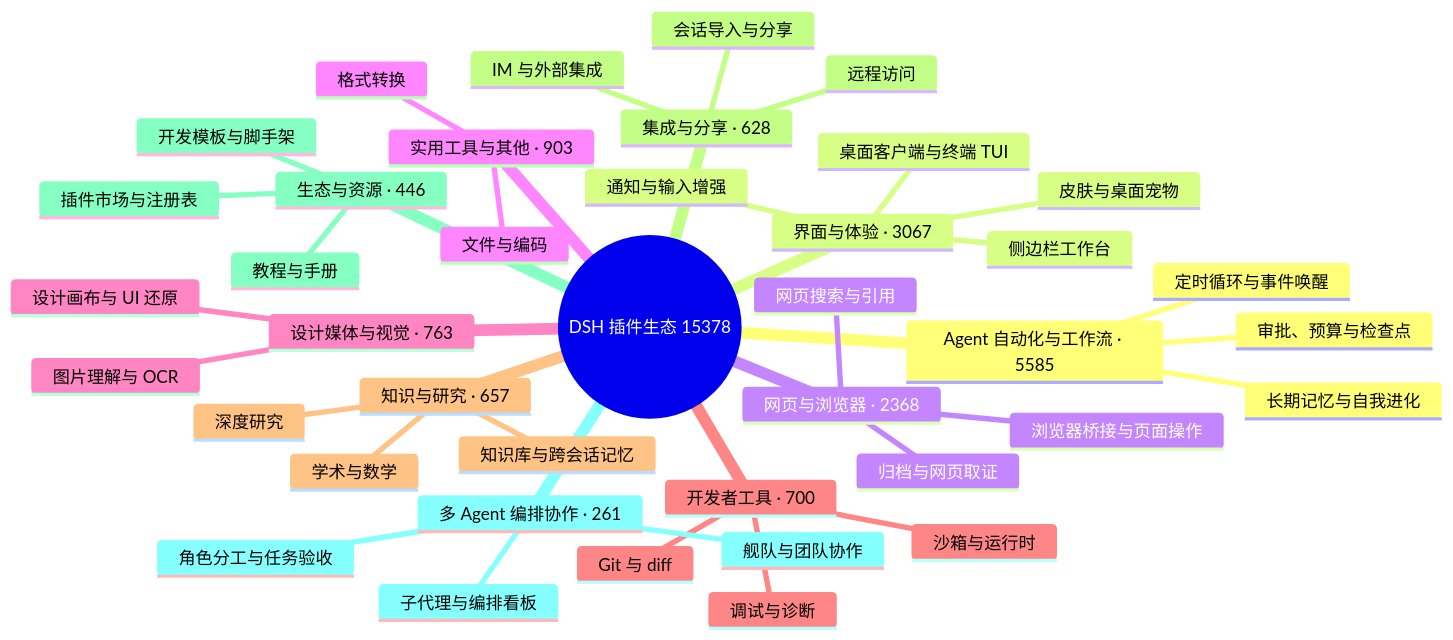
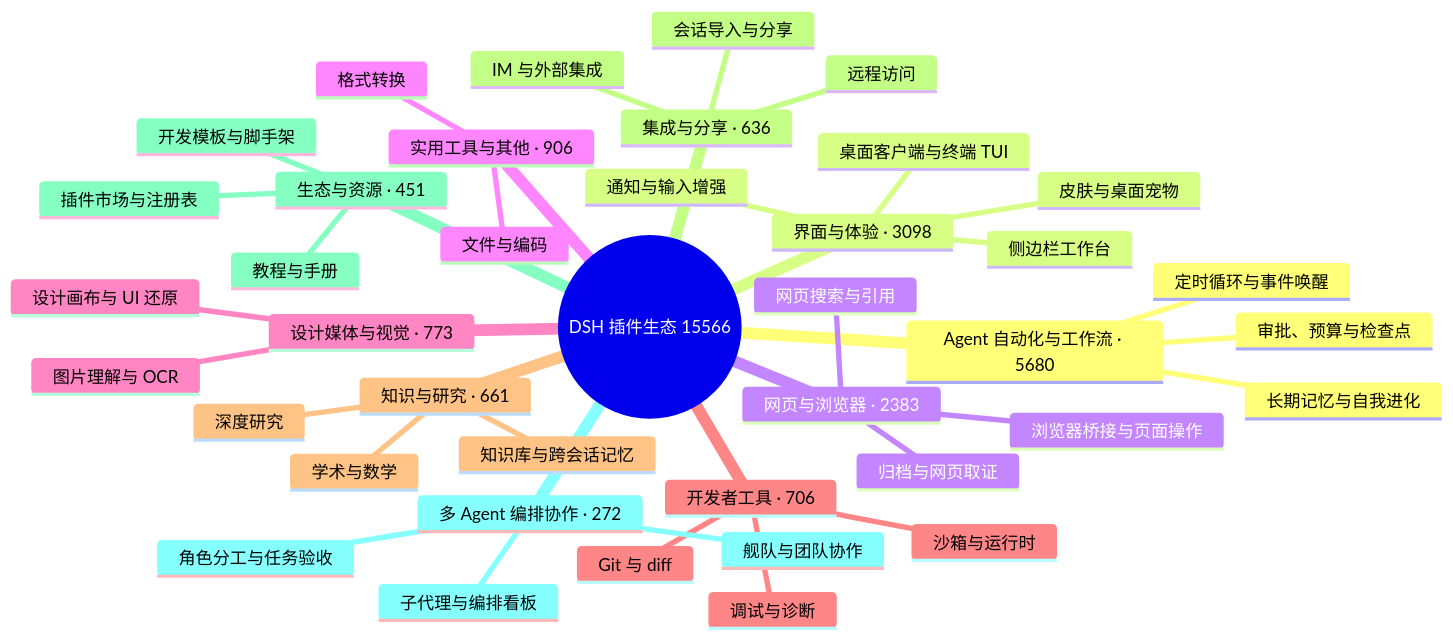
One commit to bruc3van/awesome-dsh-plugin changed the diagram in README.md. Above: the diagram before and after it, drawn with Mermaid. The commit also changed other lines of this file and 21 other files, not shown here.

````diff
--- a/README.md
+++ b/README.md
@@ -16,43 +16,43 @@
 ```mermaid
 mindmap
-  root((DSH 插件生态 15378))
-    Agent 自动化与工作流 · 5585
+  root((DSH 插件生态 15566))
+    Agent 自动化与工作流 · 5680
       定时循环与事件唤醒
       长期记忆与自我进化
       审批、预算与检查点
-    界面与体验 · 3067
+    界面与体验 · 3098
       桌面客户端与终端 TUI
       侧边栏工作台
       皮肤与桌面宠物
       通知与输入增强
-    网页与浏览器 · 2368
+    网页与浏览器 · 2383
       浏览器桥接与页面操作
       网页搜索与引用
       归档与网页取证
-    实用工具与其他 · 903
+    实用工具与其他 · 906
       文件与编码
       格式转换
-    设计媒体与视觉 · 763
+    设计媒体与视觉 · 773
       图片理解与 OCR
       设计画布与 UI 还原
-    开发者工具 · 700
+    开发者工具 · 706
       Git 与 diff
       沙箱与运行时
       调试与诊断
-    知识与研究 · 657
+    知识与研究 · 661
       知识库与跨会话记忆
       深度研究
       学术与数学
-    集成与分享 · 628
+    集成与分享 · 636
       会话导入与分享
       远程访问
       IM 与外部集成
-    生态与资源 · 446
+    生态与资源 · 451
       插件市场与注册表
       开发模板与脚手架
       教程与手册
-    多 Agent 编排协作 · 261
+    多 Agent 编排协作 · 272
       子代理与编排看板
       舰队与团队协作
       角色分工与任务验收
 ```
````
